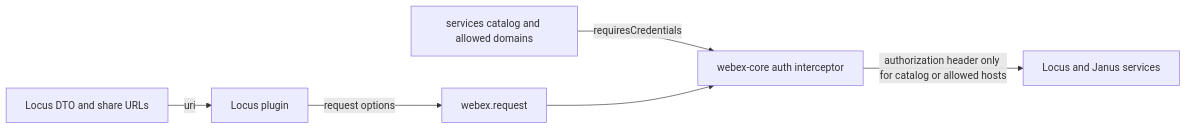
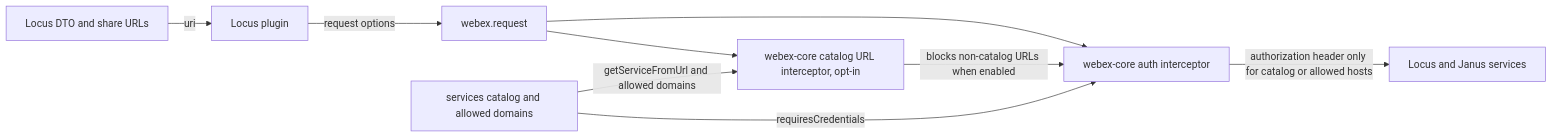
The second of 2 diagrams in packages/@webex/internal-plugin-locus/docs/architecture.md (webex/webex-js-sdk), drawn with Mermaid before and after one commit. The commit also changed other lines of this file and 4 other files, not shown here.

````diff
--- a/packages/@webex/internal-plugin-locus/docs/architecture.md
+++ b/packages/@webex/internal-plugin-locus/docs/architecture.md
@@ -199,8 +200,11 @@
 ```mermaid
 flowchart LR
   dto[Locus DTO and share URLs] -->|uri| locus[Locus plugin]
   locus -->|request options| request[webex.request]
   catalog[services catalog and allowed domains] -->|requiresCredentials| auth[webex-core auth interceptor]
+  request --> catUrl[webex-core catalog URL interceptor, opt-in]
+  catalog -->|getServiceFromUrl and allowed domains| catUrl
+  catUrl -->|blocks non-catalog URLs when enabled| auth
   request --> auth
   auth -->|authorization header only for catalog or allowed hosts| svc[Locus and Janus services]
 ```
````
